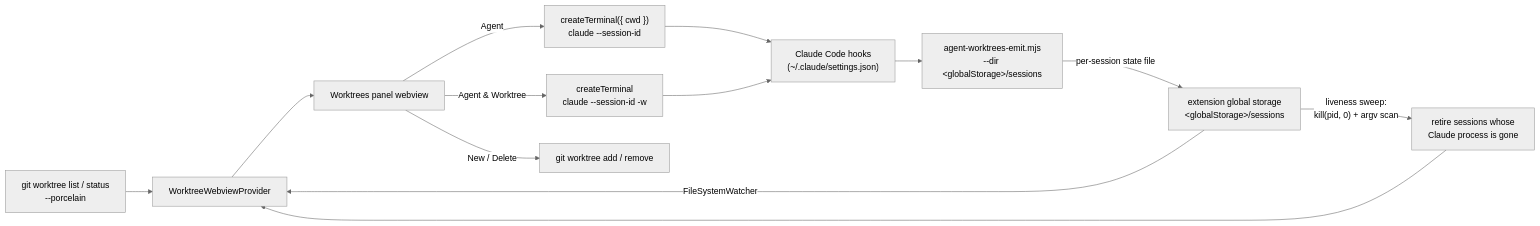
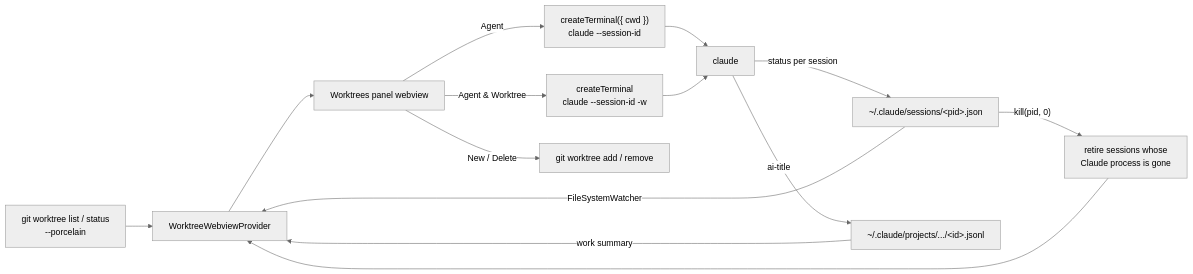
The diagram in README.md (BradenTerry/agent-worktrees), drawn with Mermaid (neutral theme) before and after one commit. The commit also changed other lines of this file and 12 other files, not shown here.

````diff
--- a/README.md
+++ b/README.md
@@ -116,15 +102,16 @@
 ```mermaid
 flowchart LR
     G["git worktree list / status<br/>--porcelain"] --> P[WorktreeWebviewProvider]
     P --> V[Worktrees panel webview]
     V -->|Agent| T["createTerminal({ cwd })<br/>claude --session-id"]
     V -->|Agent & Worktree| TW["createTerminal<br/>claude --session-id -w"]
     V -->|New / Delete| WT["git worktree add / remove"]
-    H["Claude Code hooks<br/>(~/.claude/settings.json)"] --> E["agent-worktrees-emit.mjs<br/>--dir &lt;globalStorage&gt;/sessions"]
-    E -->|per-session state file| S["extension global storage<br/>&lt;globalStorage&gt;/sessions"]
+    T --> C
+    TW --> C
+    C["claude"] -->|"status per session"| S["~/.claude/sessions/&lt;pid&gt;.json"]
+    C -->|"ai-title"| J["~/.claude/projects/.../&lt;id&gt;.jsonl"]
     S -->|FileSystemWatcher| P
-    S -->|"liveness sweep:<br/>kill(pid, 0) + argv scan"| L["retire sessions whose<br/>Claude process is gone"]
+    S -->|"kill(pid, 0)"| L["retire sessions whose<br/>Claude process is gone"]
     L --> P
-    T --> H
-    TW --> H
+    J -->|work summary| P
 ```
````
